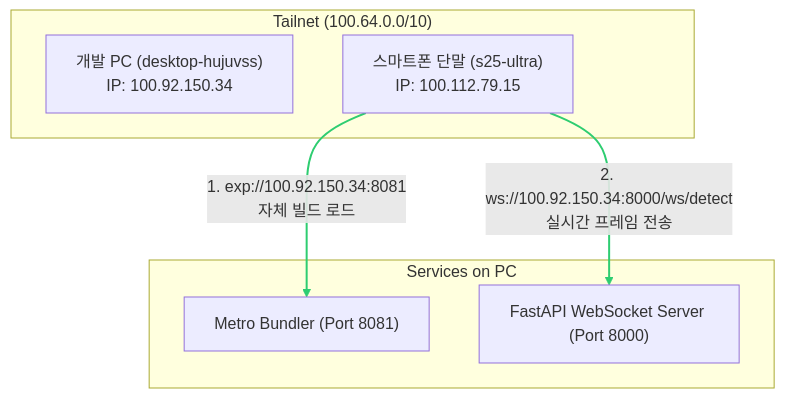
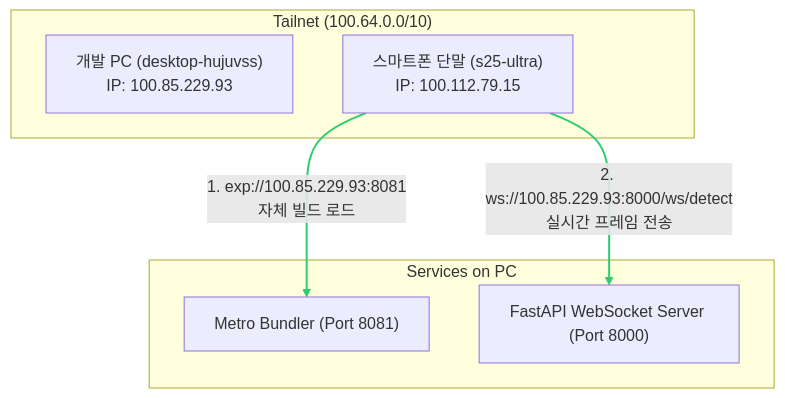
One commit to Groog-sudo/Minchodan changed the diagram in docs/ops/tailscale_connection_guide.md. Above: the diagram before and after it, drawn with Mermaid. The commit also changed other lines of this file and 3 other files, not shown here.

````diff
--- a/docs/ops/tailscale_connection_guide.md
+++ b/docs/ops/tailscale_connection_guide.md
@@ -21,17 +21,17 @@
 ```mermaid
 graph TD
     subgraph "Tailnet (100.64.0.0/10)"
-        PC["개발 PC (desktop-hujuvss)<br/>IP: 100.92.150.34"]
+        PC["개발 PC (desktop-hujuvss)<br/>IP: 100.85.229.93"]
         App["스마트폰 단말 (s25-ultra)<br/>IP: 100.112.79.15"]
     end
 
     subgraph "Services on PC"
         Metro["Metro Bundler (Port 8081)"]
         FastAPI["FastAPI WebSocket Server (Port 8000)"]
     end
 
-    App -- "1. exp://100.92.150.34:8081<br/>자체 빌드 로드" --> Metro
-    App -- "2. ws://100.92.150.34:8000/ws/detect<br/>실시간 프레임 전송" --> FastAPI
+    App -- "1. exp://100.85.229.93:8081<br/>자체 빌드 로드" --> Metro
+    App -- "2. ws://100.85.229.93:8000/ws/detect<br/>실시간 프레임 전송" --> FastAPI
 
     linkStyle 0,1 stroke:#2ecd71,stroke-width:2px;
 ```
````
